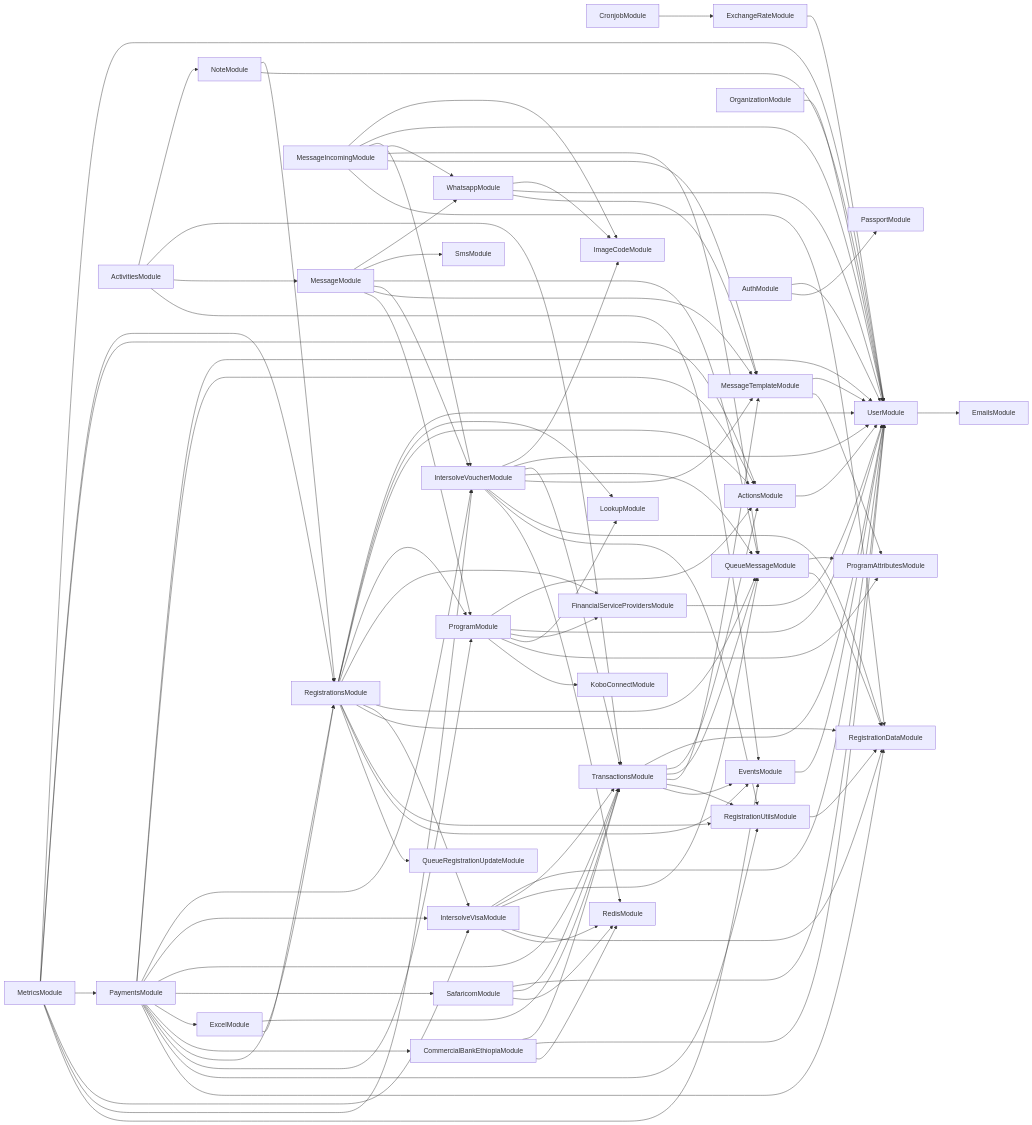
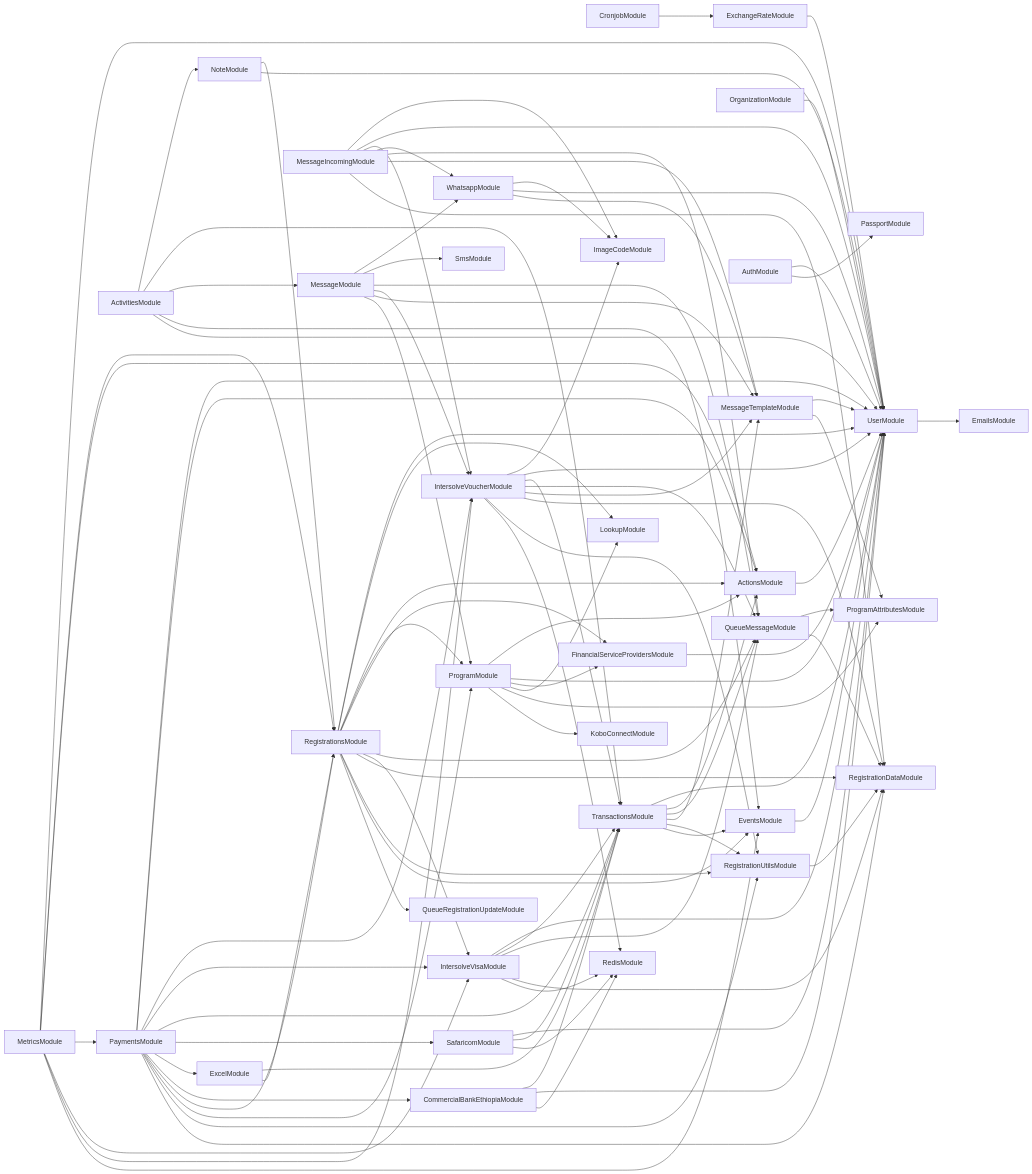
Before and after one commit to global-121/121-platform: the diagram in services/121-service/module-dependencies.md, drawn with Mermaid. The commit also changed 16 other files, not shown here.

````diff
--- a/services/121-service/module-dependencies.md
+++ b/services/121-service/module-dependencies.md
@@ -101,4 +101,5 @@
   ActivitiesModule-->TransactionsModule
   ActivitiesModule-->MessageModule
   ActivitiesModule-->EventsModule
+  ActivitiesModule-->UserModule
 ```
````
